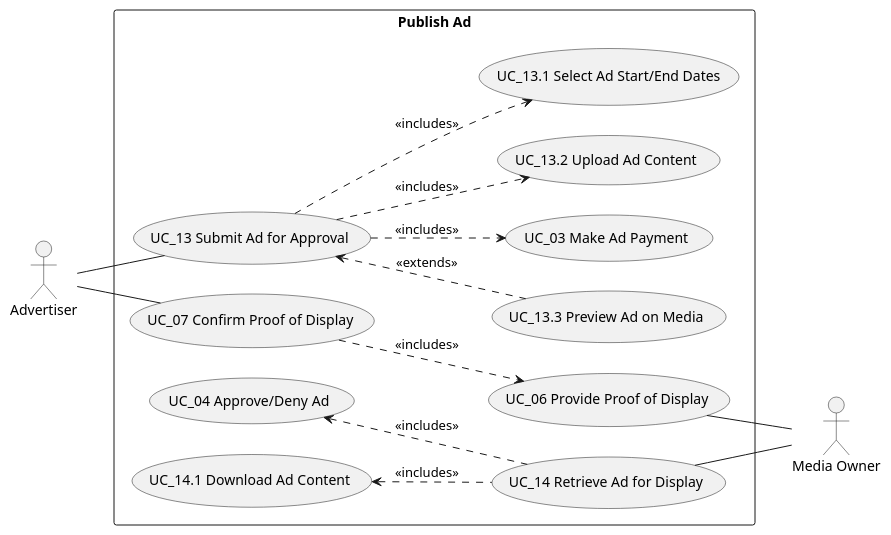
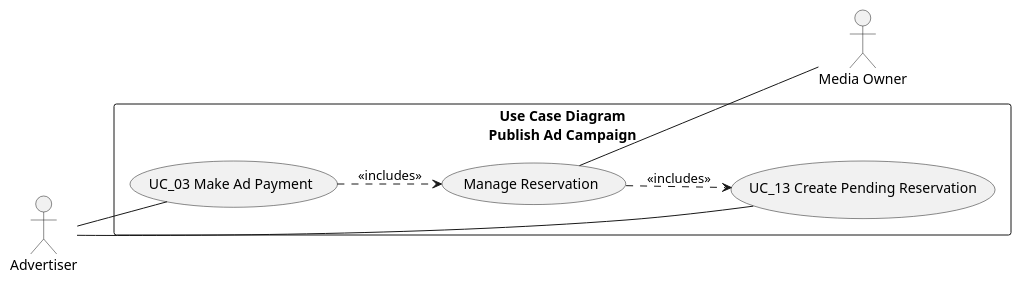
One commit to anvsult/envision-ad changed the diagram in docs/diagrams/use case diagrams/publish-ad-UCD.puml. Above: the diagram before and after it, drawn with PlantUML. The commit also changed 3 other files, not shown here.

Commit message:
- Updated and reorganized diagrams

```diff
--- a/docs/diagrams/use case diagrams/publish-ad-UCD.puml
+++ b/docs/diagrams/use case diagrams/publish-ad-UCD.puml
@@ -1,47 +1,59 @@
 @startuml
 left to right direction
-
+skinparam packageStyle rectangle
+'skinparam linetype ortho
 ' --- Increase spacing and make the box larger test ---
 skinparam ranksep 40
 skinparam nodesep 30
 skinparam rectangle {
   Padding 40
   Margin 40
 }
 
 actor Advertiser as ADV
 actor "Media Owner" as MO
 
-rectangle "Publish Ad" {
+rectangle "Use Case Diagram\nPublish Ad Campaign" {
 ' --- Advertiser use cases ---
-  usecase "UC_13.3 Preview Ad on Media" as Preview
-  usecase "UC_13 Submit Ad for Approval" as Submit
-  usecase "UC_07 Confirm Proof of Display" as ConfirmProof
+'  usecase "UC_13.3 Preview Ad on Media" as Preview
+  usecase "UC_13 Create Pending Reservation" as CreatePendingReservation
+'  usecase "UC_07 Confirm Proof of Display" as ConfirmProof
+' Once the media owner approves the pending reservation, the advertiser can go on his dashboard to make the payment for that reservation.
+' Once the payment is made, the media owner will be send an email with the ad campaign images and details to be able to manually display the ad campaign on his media.
   usecase "UC_03 Make Ad Payment" as Pay
-  usecase "UC_13.2 Upload Ad Content" as UploadContent
-  usecase "UC_13.1 Select Ad Start/End Dates" as SelectDates
+'  usecase "UC_13.2 Upload Ad Content" as UploadContent
+'  usecase "UC_13.1 Select Ad Start/End Dates" as SelectDates
+' Once the pending reservation is created, the media owner can go on his dashboard to either approve or deny that reservation
+  usecase "Manage Reservation" as ManageReservation
 
   ' --- Media Owner use cases ---
-  usecase "UC_04 Approve/Deny Ad" as ApproveAd
-  usecase "UC_14.1 Download Ad Content" as DownloadContent
-  usecase "UC_06 Provide Proof of Display" as ProvideProof
-  usecase "UC_14 Retrieve Ad for Display" as DisplayAd
+'  usecase "UC_04 Approve/Deny Ad" as ApproveAd
+'  usecase "UC_14.1 Download Ad Content" as DownloadContent
+'  usecase "UC_06 Provide Proof of Display" as ProvideProof
+'  usecase "UC_14 Retrieve Ad for Display" as DisplayAd
 
   ' --- Actor connections ---
-  ADV -- Submit
-  ADV -- ConfirmProof
+  '==================
+  ADV -- CreatePendingReservation
+  ADV -- Pay
+  ManageReservation -- MO
+  ' ==================
+'  ADV -- ConfirmProof
 
-  DisplayAd -- MO
-  ProvideProof  -- MO
+'  DisplayAd -- MO
+'  ProvideProof  -- MO
 
   ' --- Relationships  ---
-  Submit <.. Preview : <<extends>>
-  Submit ..> SelectDates : <<includes>>
-  Submit ..> UploadContent : <<includes>>
-  Submit ..> Pay : <<includes>>
-  ConfirmProof ..> ProvideProof  : <<includes>>
-  DownloadContent <.. DisplayAd : <<includes>>
-  ApproveAd <.. DisplayAd : <<includes>>
+'  CreatePendingReservation <.. Preview : <<extends>>
+'  CreatePendingReservation ..> SelectDates : <<includes>>
+'  CreatePendingReservation ..> UploadContent : <<includes>>
+' ==============
+  Pay ..> ManageReservation : <<includes>>
+  ManageReservation ..> CreatePendingReservation : <<includes>>
+' ===============
+'  ConfirmProof ..> ProvideProof  : <<includes>>
+'  DownloadContent <.. DisplayAd : <<includes>>
+'  ApproveAd <.. DisplayAd : <<includes>>
 
 }
 @enduml
```
